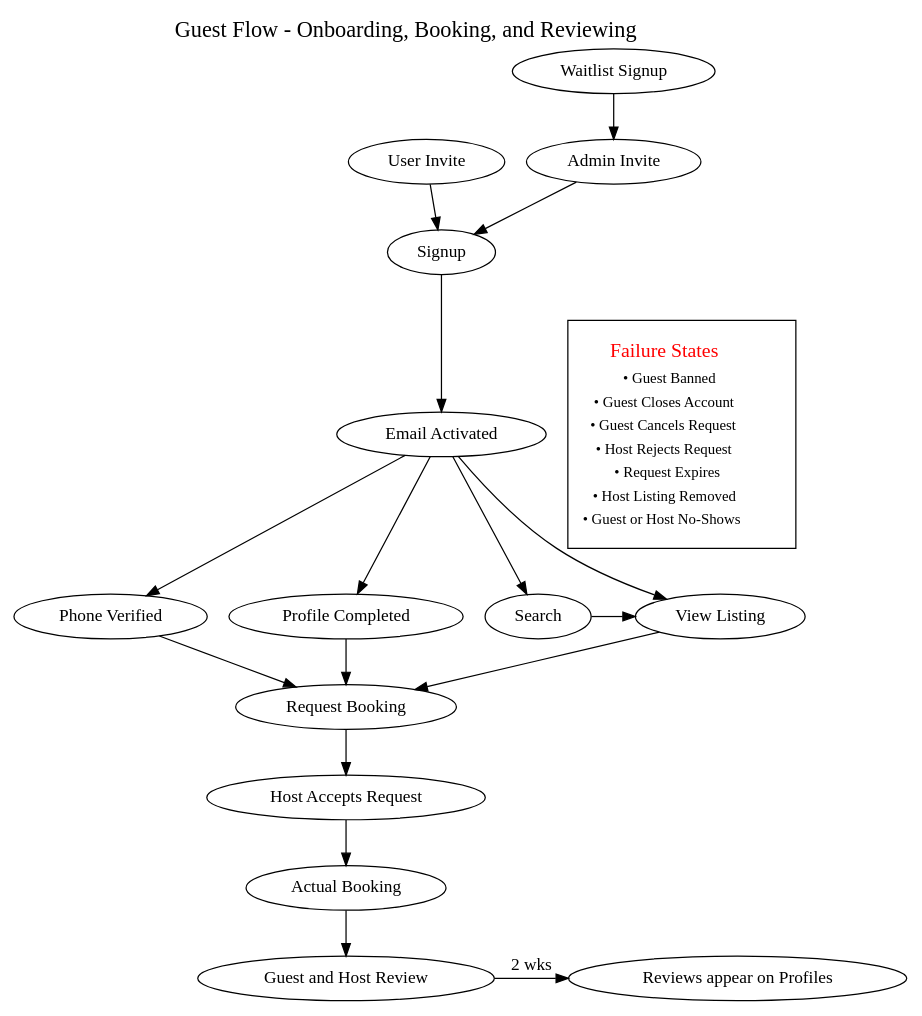
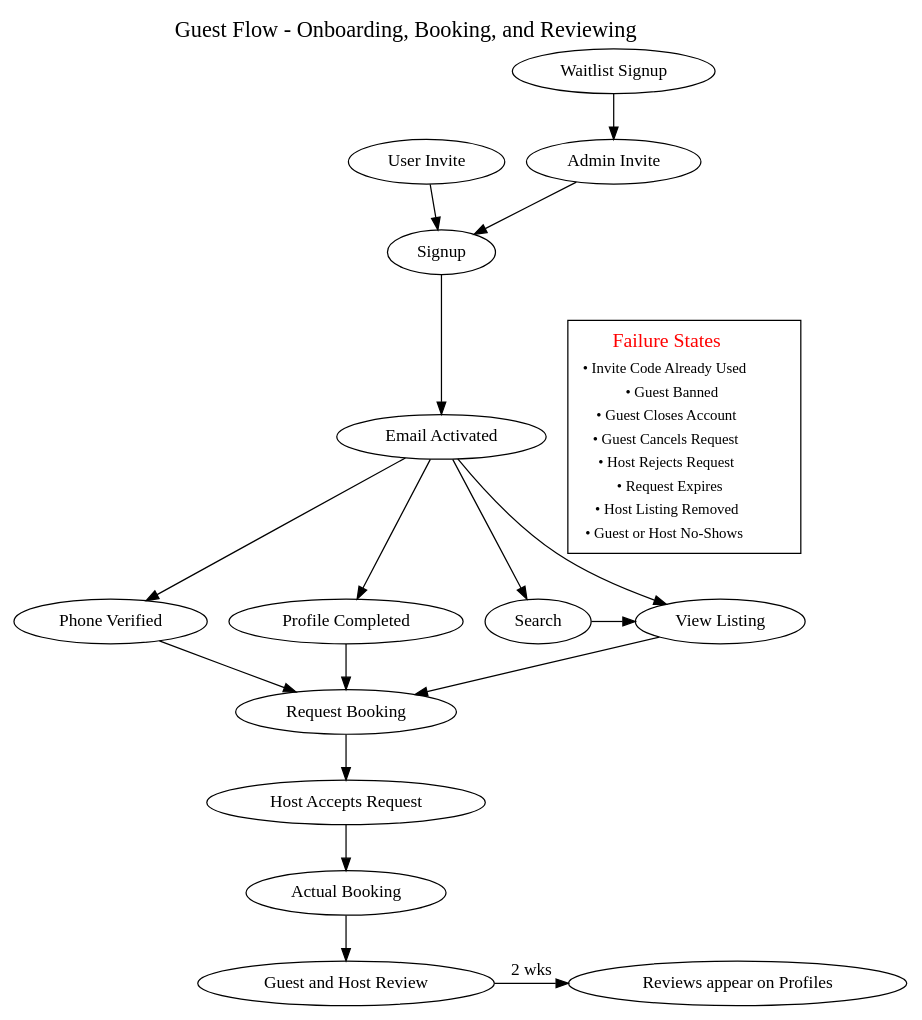
One commit to freecouches/freecouches changed the diagram in _docs/flows/guest_flow.dot. Above: the diagram before and after it, drawn with Graphviz. The commit also changed 1 other file, not shown here.

```diff
--- a/_docs/flows/guest_flow.dot
+++ b/_docs/flows/guest_flow.dot
@@ -1,128 +1,71 @@
-// [TODO: map in state_machines.dot into here and guest_flow]
 // [TODO: map out asana stoof into hurr]
-
-
-// QSTN: is guest waitlist/application a thing in the app future? I think it's only a pre-launch feature and everyone else is invite only. 
-    // my thinking is we want to require invites so it kind of dissapears.. hmm
-//QSTN: should we have some form of expiration on invites?  i don't see why.  especially if the code hasn't been used, and the user hasn't been banned.
-
-
 
 //////////////////////////////////////////
 // Verifications and Permissions questions
 //////////////////////////////////////////
 //QSTN: when to allow Search (P2)
     // TODO: do some competitive analysis
     // TODO: review how verification works and what steps allowed on Couchsurfing, Couchers, and what you can do at different steps
         // Check Asana, Docs.  but it should be on Asana competitive analysis.
 
 //TODO: indicate how long they can expect to wait between stages.
-
-// There are two levels of launching at play.  There's the launch of the product itself, which we don't yet have a roadmap for because we haven't scoped out points for all dat lol.  I'm not tryna pretend I'll know that oson.
-    // I'd like a less ambiguous word than "Launch" for the app.
-
 digraph unix {
     compound=true; 
     rankdir="TB"
     labelloc="t";
     newrank=true;
 
     label = <<FONT POINT-SIZE="18">Guest Flow - Onboarding, Booking, and Reviewing</FONT>>    
-
-
-    // subgraph cluster_golden_guest {
-    //         label="Product - Guest";
-    //         p0 [label="Home Page (P0)"] 
-    //         signup [label="Signup/Apply"]
-    //         p1 [label="Logged in\nHome Page (P1)"]
-    //         p2 [label="Search/Filter (P2)"]
-    //         p3 [label="Listing Page (P3)"]
-    //         p4 [label="Booking Request (P4)"]
-    //         actual_stay [label="Actual Stay"]
-    //         p5 [label="Review (P5)"]
-
-    //         p0 -> signup -> p1 -> p2 -> p3 -> p4 -> actual_stay -> p5
-    // }
-
-    // subgraph cluster_booking {
-    //     label="Booking";
-    //     // Requested -> pending
-    //     requested 
-    //     rejected
-    //     accepted
-    //     ongoing 
-    //     complete //this is separate from accepted on Couchers
-    //     expired
-    //     canceled
-    //     host_reviewed
-    //     guest_reviewed
-    //     review_shows_2wks_or_at_mutual
-
-    //     // TODO: come up with clearer terms for host vs guest cancel
-    //     // TODO: states for 
-
-    //     requested->accepted
-    //     requested->rejected
-    //     requested->expired
-    //     requested->canceled
-
-
-    //     // TODO: TBD if accepted
-        
-    // }
-
-
     
     user_invited [label="User Invite"]
     waitlist_signup [label="Waitlist Signup"]
     admin_invited [label="Admin Invite"]
     signup [label = "Signup"]
     email_activated [label ="Email Activated"]
 
     phone_verified [label = "Phone Verified"]
     profile_completed [label ="Profile Completed"]
     search [label="Search"]
 
     waitlist_signup->admin_invited->signup
     user_invited->signup
 
     signup->email_activated
 
     email_activated->search
     email_activated->phone_verified
     email_activated->profile_completed
     email_activated->view_listing
 
     search->view_listing->request_booking
     profile_completed -> request_booking
     phone_verified -> request_booking
     view_listing [label="View Listing"]
     request_booking [label="Request Booking"]
     request_accepted [label="Host Accepts Request"]
     actual_booking [label="Actual Booking"]
     reviews [label="Guest and Host Review"]
     reviews_on_profile [label="Reviews appear on Profiles"]
 
     request_booking->request_accepted->actual_booking->reviews
     reviews->reviews_on_profile [label="2 wks"]
     {rank=same;reviews;reviews_on_profile}
 
     {rank=same;phone_verified;profile_completed;search;view_listing}
 
-
-    
     {rank=same;email_activated;table [ shape="square";label = <
     <table border="0">
        <tr><td align="text"><FONT POINT-SIZE="16" COLOR="RED">Failure States</FONT></td></tr>
+       <tr><td align="text"><FONT POINT-SIZE="12">• Invite Code Already Used</FONT></td></tr>
        <tr><td align="text"><FONT POINT-SIZE="12">• Guest Banned</FONT></td></tr>
        <tr><td align="text"><FONT POINT-SIZE="12">• Guest Closes Account</FONT></td></tr>
        <tr><td align="text"><FONT POINT-SIZE="12">• Guest Cancels Request</FONT></td></tr>
        <tr><td align="text"><FONT POINT-SIZE="12">• Host Rejects Request</FONT></td></tr>
        <tr><td align="text"><FONT POINT-SIZE="12">• Request Expires</FONT></td></tr>
        <tr><td align="text"><FONT POINT-SIZE="12">• Host Listing Removed</FONT></td></tr>
        <tr><td align="text"><FONT POINT-SIZE="12">• Guest or Host No-Shows</FONT></td></tr>
 
     </table>
   > ] }
 
 }
```
